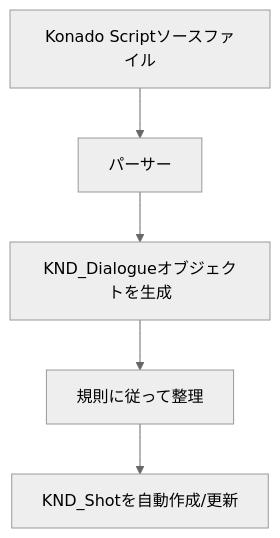
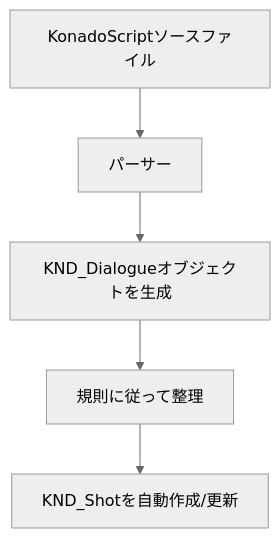
The diagram in docs/ja/2.6/tutorial/core/shot-and-dialogue.md (DSOE1024/konado), drawn with Mermaid (neutral theme) before and after one commit. The commit also changed other lines of this file and 49 other files, not shown here.

````diff
--- a/docs/ja/2.6/tutorial/core/shot-and-dialogue.md
+++ b/docs/ja/2.6/tutorial/core/shot-and-dialogue.md
@@ -32,8 +32,8 @@
 ```mermaid
 graph TD
-    A["Konado Scriptソースファイル"] --> B["パーサー"]
+    A["KonadoScriptソースファイル"] --> B["パーサー"]
     B --> C["KND_Dialogueオブジェクトを生成"]
     C --> D["規則に従って整理"]
     D --> E["KND_Shotを自動作成/更新"]
 
 ```
````
